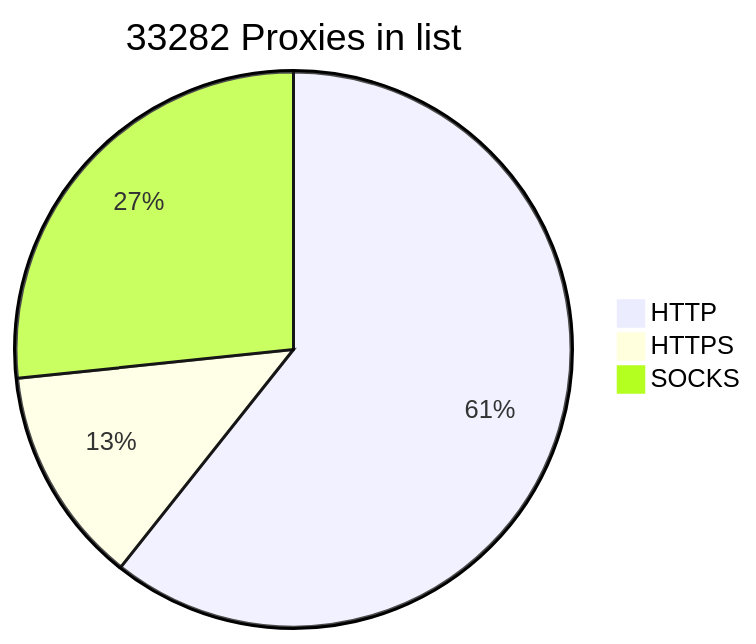
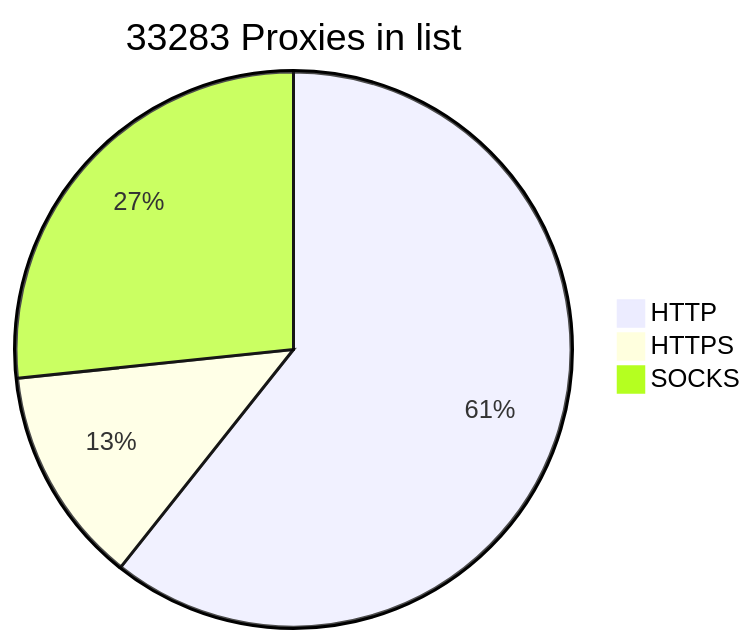
The diagram in README.md (BlackSnowDot/proxylist-update-every-minute), drawn with Mermaid before and after one commit.

````diff
--- a/README.md
+++ b/README.md
@@ -2,6 +2,6 @@
 ```mermaid
-pie title 33282 Proxies in list
+pie title 33283 Proxies in list
     "HTTP" : 22346
-    "HTTPS": 4663
+    "HTTPS": 4664
     "SOCKS" : 9817
 ```
````
